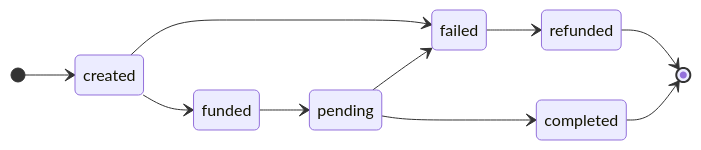
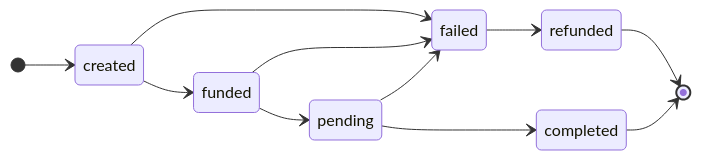
One commit to pouch-ph/docs changed the second of 2 diagrams in payout-doc.md. Above: the diagram before and after it, drawn with Mermaid. The commit also changed other lines of this file, not shown here.

````diff
--- a/payout-doc.md
+++ b/payout-doc.md
@@ -337,13 +444,14 @@
 ```mermaid
 stateDiagram
   direction LR
     [*] --> created
     created --> funded
     created --> failed
     funded --> pending
+    funded --> failed
     pending --> failed
     pending --> completed
     failed --> refunded
     refunded --> [*]
     completed --> [*]
 ```
````
